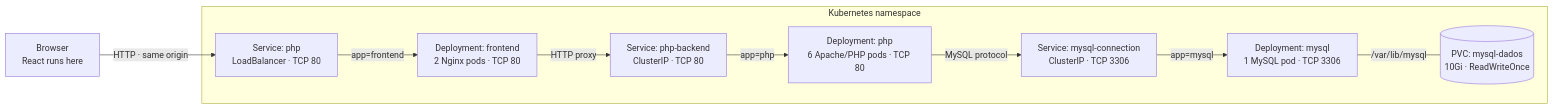
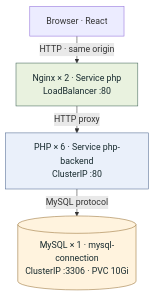
One commit to jacivaldocarvalho/projeto-app-deploy-kubernetes changed the diagram in README.md. Above: the diagram before and after it, drawn with Mermaid. The commit also changed other lines of this file and 3 other files, not shown here.

Commit message:
docs: add interface previews and simplify architecture diagrams

````diff
--- a/README.md
+++ b/README.md
@@ -23,20 +38,17 @@
 ```mermaid
-flowchart LR
-    Browser["Browser<br/>React runs here"]
-    subgraph Cluster["Kubernetes namespace"]
-        Public["Service: php<br/>LoadBalancer · TCP 80"]
-        Web["Deployment: frontend<br/>2 Nginx pods · TCP 80"]
-        API["Service: php-backend<br/>ClusterIP · TCP 80"]
-        PHP["Deployment: php<br/>6 Apache/PHP pods · TCP 80"]
-        SQL["Service: mysql-connection<br/>ClusterIP · TCP 3306"]
-        DB["Deployment: mysql<br/>1 MySQL pod · TCP 3306"]
-        PVC[("PVC: mysql-dados<br/>10Gi · ReadWriteOnce")]
-        Public -->|"app=frontend"| Web
-        Web -->|"HTTP proxy"| API
-        API -->|"app=php"| PHP
-        PHP -->|"MySQL protocol"| SQL
-        SQL -->|"app=mysql"| DB
-        DB ---|"/var/lib/mysql"| PVC
-    end
-    Browser -->|"HTTP · same origin"| Public
+%%{init: {'flowchart': {'rankSpacing': 25}}}%%
+flowchart TB
+    Browser["Browser · React"]
+    Web["Nginx × 2 · Service php<br/>LoadBalancer :80"]
+    API["PHP × 6 · Service php-backend<br/>ClusterIP :80"]
+    DB[("MySQL × 1 · mysql-connection<br/>ClusterIP :3306 · PVC 10Gi")]
+    Browser -->|"HTTP · same origin"| Web
+    Web -->|"HTTP proxy"| API
+    API -->|"MySQL protocol"| DB
+    classDef web fill:#e9f2df,stroke:#45685c,color:#172a2e
+    classDef api fill:#eaf0fa,stroke:#536b92,color:#172a2e
+    classDef data fill:#fff3de,stroke:#997337,color:#172a2e
+    class Web web
+    class API api
+    class DB data
 ```
````
